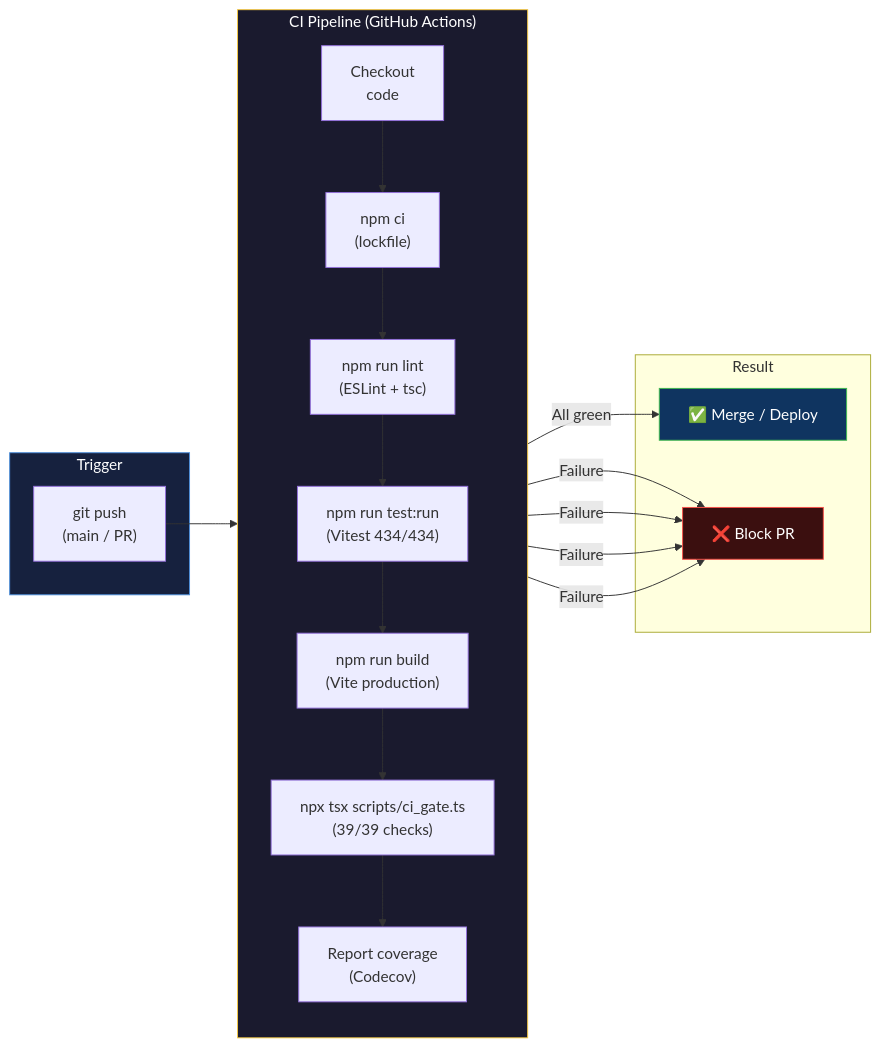
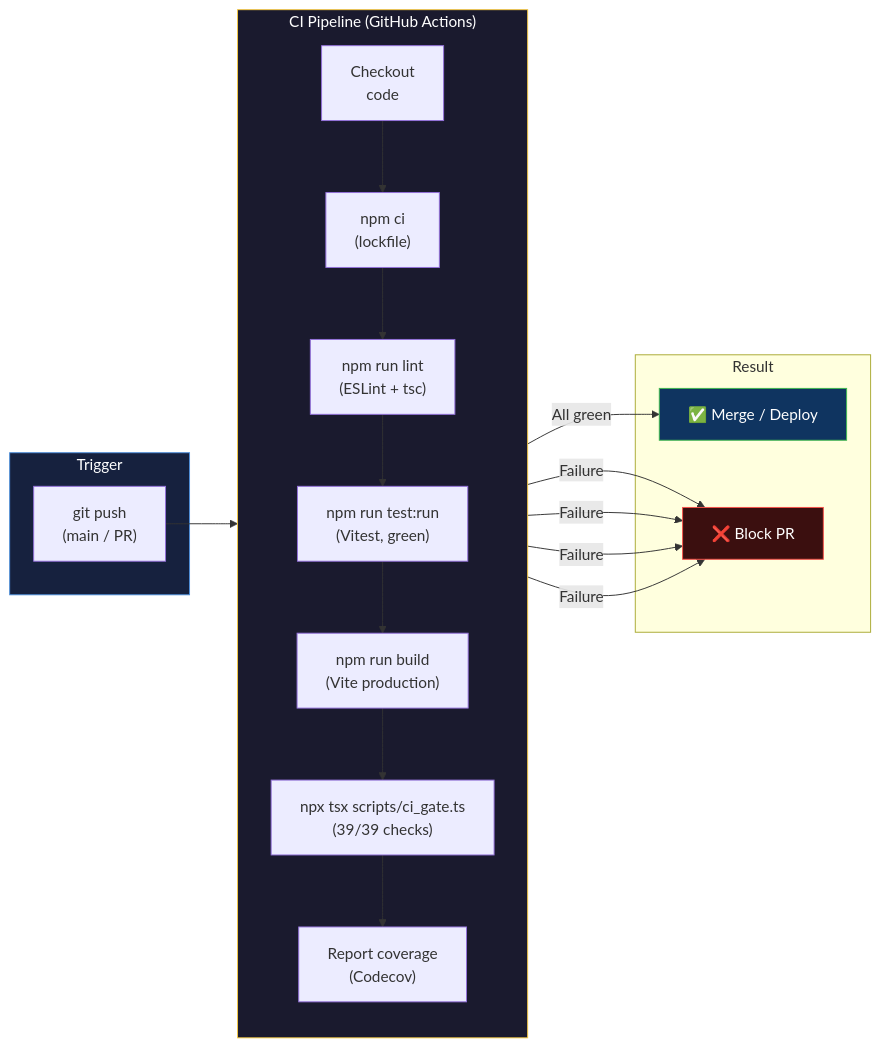
One commit to mustafaras/belief_emergence changed diagram 11 of 15 in README.md. Above: the diagram before and after it, drawn with Mermaid. The commit also changed other lines of this file and 8 other files, not shown here.

````diff
--- a/README.md
+++ b/README.md
@@ -1818,36 +1818,36 @@
 ```mermaid
 flowchart LR
     subgraph Trigger["Trigger"]
         Push["git push\n(main / PR)"]
     end
 
     subgraph Pipeline["CI Pipeline (GitHub Actions)"]
         direction TB
         Checkout["Checkout\ncode"]
         Install["npm ci\n(lockfile)"]
         Lint["npm run lint\n(ESLint + tsc)"]
-        Test["npm run test:run\n(Vitest 434/434)"]
+        Test["npm run test:run\n(Vitest, green)"]
         Build["npm run build\n(Vite production)"]
         Gate["npx tsx scripts/ci_gate.ts\n(39/39 checks)"]
         Coverage["Report coverage\n(Codecov)"]
 
         Checkout --> Install --> Lint --> Test --> Build --> Gate --> Coverage
     end
 
     subgraph Result["Result"]
         Pass["✅ Merge / Deploy"]
         Fail["❌ Block PR"]
     end
 
     Push --> Checkout
     Coverage -->|"All green"| Pass
     Lint -->|"Failure"| Fail
     Test -->|"Failure"| Fail
     Build -->|"Failure"| Fail
     Gate -->|"Failure"| Fail
 
     style Trigger fill:#16213e,stroke:#4c8eda,color:#fff
     style Pipeline fill:#1a1a2e,stroke:#f5c842,color:#fff
     style Pass fill:#0f3460,stroke:#3fb950,color:#fff
     style Fail fill:#3b0f0f,stroke:#f85149,color:#fff
 ```
````
